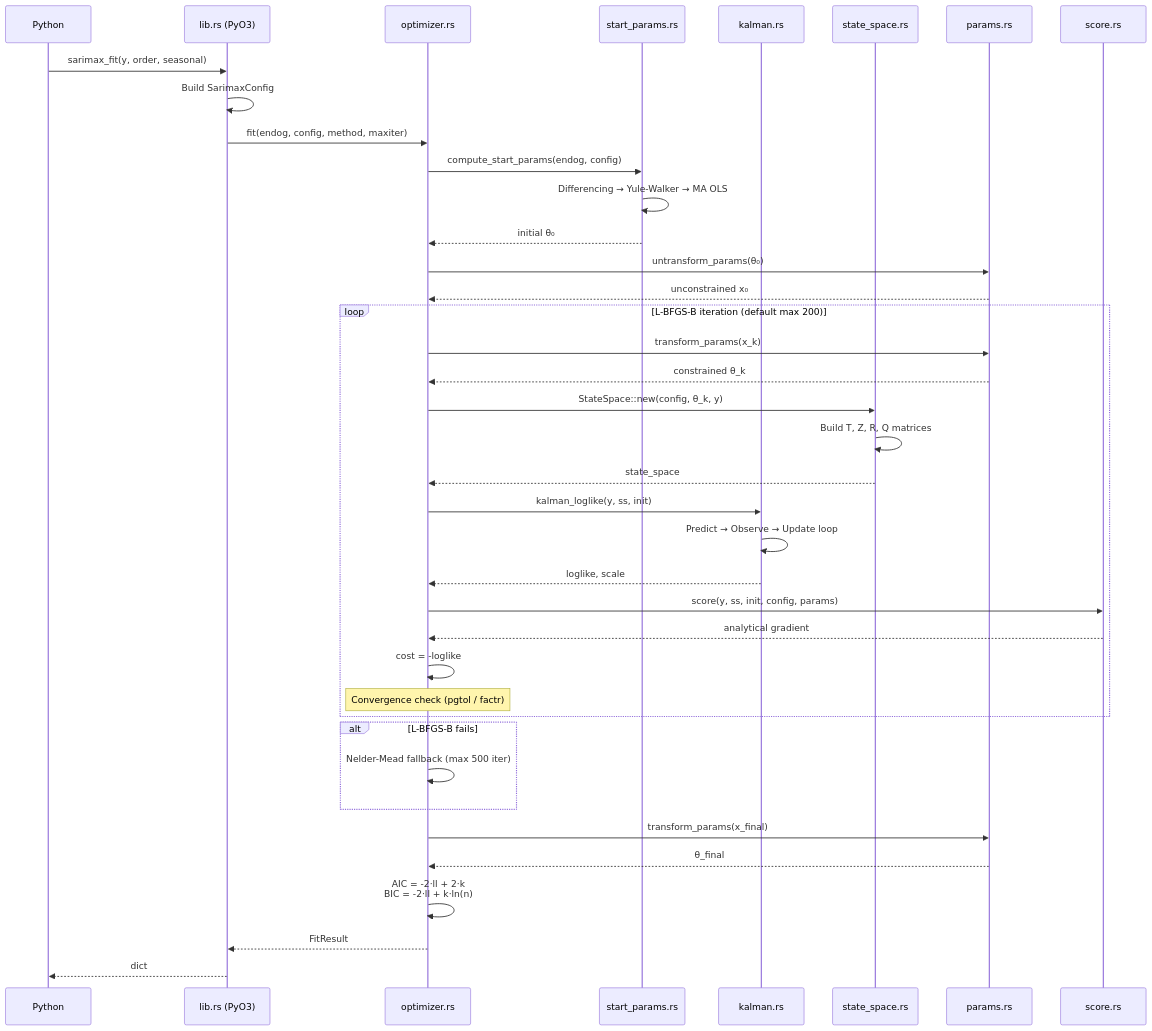
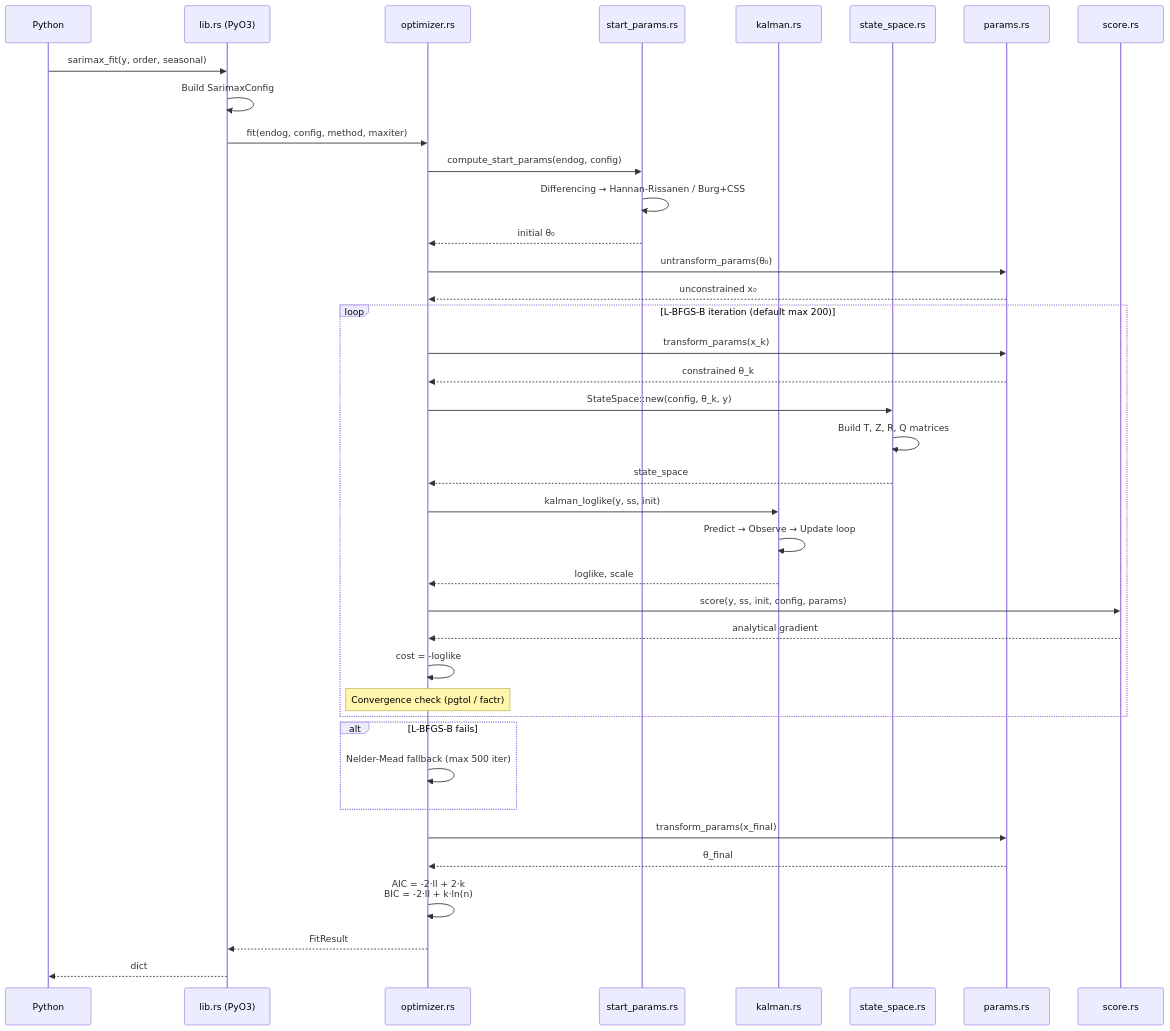
The second of 5 diagrams in README.md (zongseung/Rust-python-arima), drawn with Mermaid before and after one commit. The commit also changed other lines of this file, not shown here.

````diff
--- a/README.md
+++ b/README.md
@@ -227,47 +227,47 @@
 ```mermaid
 sequenceDiagram
     participant P as Python
     participant L as lib.rs (PyO3)
     participant O as optimizer.rs
     participant S as start_params.rs
     participant K as kalman.rs
     participant SS as state_space.rs
     participant PR as params.rs
     participant SC as score.rs
 
     P->>L: sarimax_fit(y, order, seasonal)
     L->>L: Build SarimaxConfig
     L->>O: fit(endog, config, method, maxiter)
 
     O->>S: compute_start_params(endog, config)
-    S->>S: Differencing → Yule-Walker → MA OLS
+    S->>S: Differencing → Hannan-Rissanen / Burg+CSS
     S-->>O: initial θ₀
 
     O->>PR: untransform_params(θ₀)
     PR-->>O: unconstrained x₀
 
     loop L-BFGS-B iteration (default max 200)
         O->>PR: transform_params(x_k)
         PR-->>O: constrained θ_k
         O->>SS: StateSpace::new(config, θ_k, y)
         SS->>SS: Build T, Z, R, Q matrices
         SS-->>O: state_space
         O->>K: kalman_loglike(y, ss, init)
         K->>K: Predict → Observe → Update loop
         K-->>O: loglike, scale
         O->>SC: score(y, ss, init, config, params)
         SC-->>O: analytical gradient
         O->>O: cost = -loglike
         Note over O: Convergence check (pgtol / factr)
     end
 
     alt L-BFGS-B fails
         O->>O: Nelder-Mead fallback (max 500 iter)
     end
 
     O->>PR: transform_params(x_final)
     PR-->>O: θ_final
     O->>O: AIC = -2·ll + 2·k<br/>BIC = -2·ll + k·ln(n)
     O-->>L: FitResult
     L-->>P: dict
 ```
````
